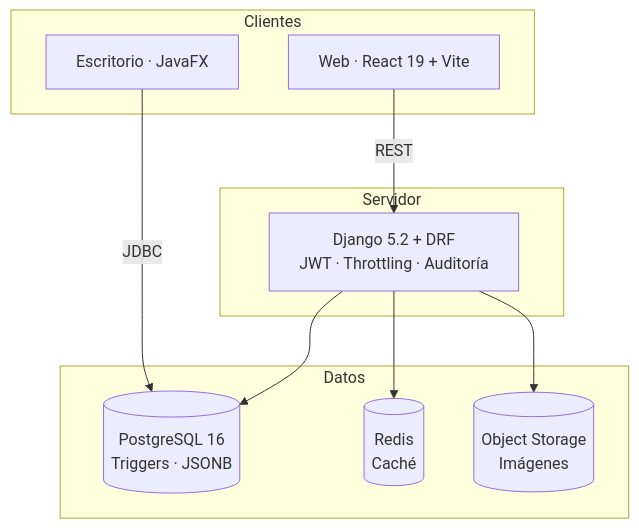
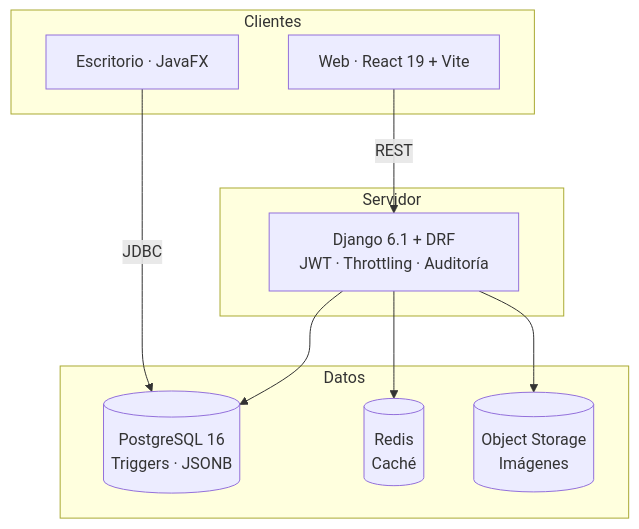
One commit to Iampro1712/BD-Sist-Inv changed the diagram in README.md. Above: the diagram before and after it, drawn with Mermaid. The commit also changed other lines of this file and 16 other files, not shown here.

````diff
--- a/README.md
+++ b/README.md
@@ -136,23 +136,23 @@
 ```mermaid
 graph TB
     subgraph Clientes
         WEB["Web · React 19 + Vite"]
         DESK["Escritorio · JavaFX"]
     end
 
     subgraph Servidor
-        API["Django 5.2 + DRF<br/>JWT · Throttling · Auditoría"]
+        API["Django 6.1 + DRF<br/>JWT · Throttling · Auditoría"]
     end
 
     subgraph Datos
         PG[("PostgreSQL 16<br/>Triggers · JSONB")]
         REDIS[("Redis<br/>Caché")]
         R2[("Object Storage<br/>Imágenes")]
     end
 
     WEB -->|REST| API
     DESK -->|JDBC| PG
     API --> PG
     API --> REDIS
     API --> R2
 ```
````
